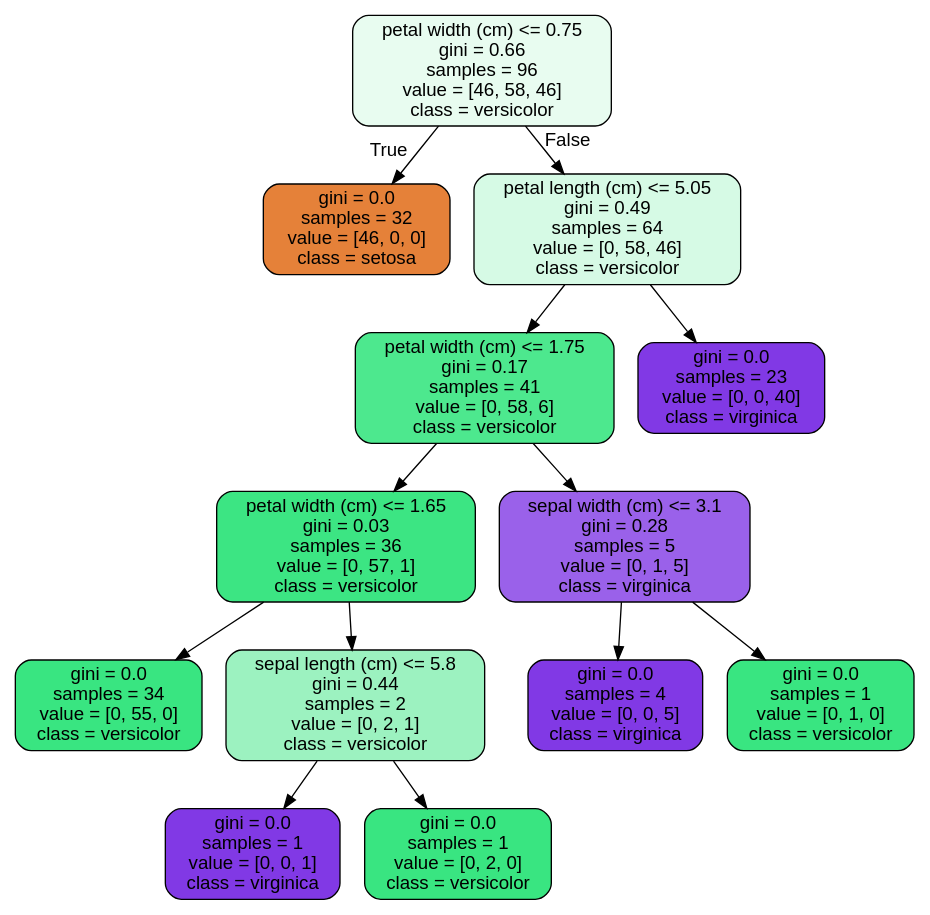
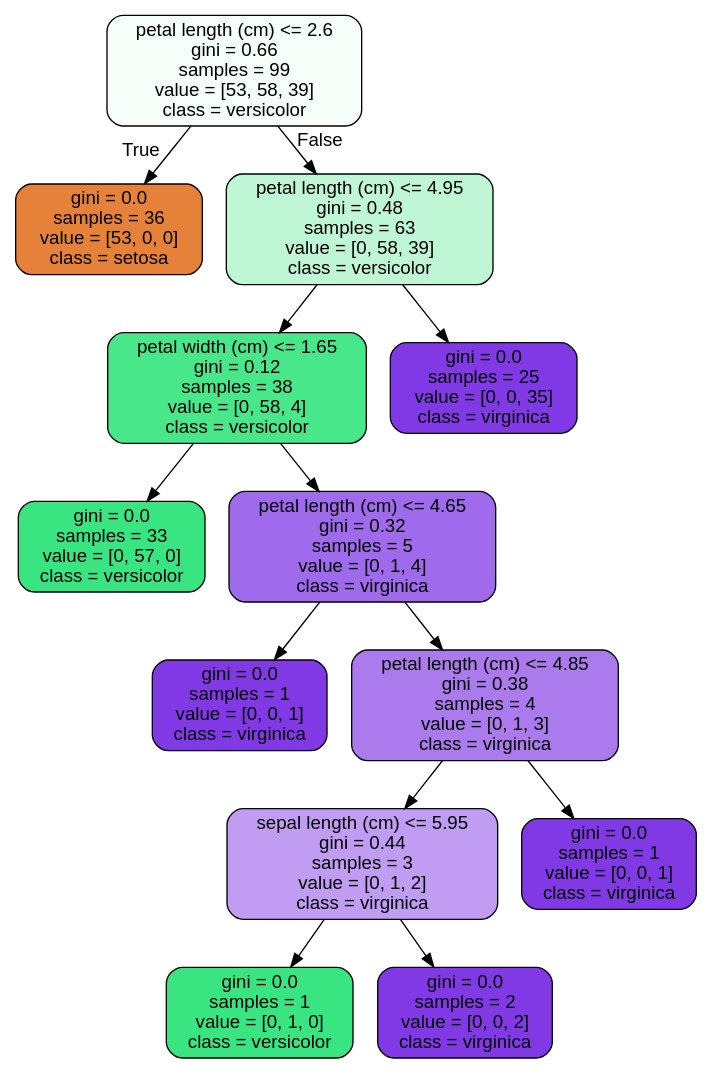
One commit to TSchwenn/dsc changed the diagram in Unit 14 - Supervised Learning/14.4 Random Forest Coronavirus case study/tree.dot. Above: the diagram before and after it, drawn with Graphviz. The commit also changed 3 other files, not shown here.

```diff
--- a/Unit 14 - Supervised Learning/14.4 Random Forest Coronavirus case study/tree.dot
+++ b/Unit 14 - Supervised Learning/14.4 Random Forest Coronavirus case study/tree.dot
@@ -1,29 +1,29 @@
 digraph Tree {
 node [shape=box, style="filled, rounded", color="black", fontname="helvetica"] ;
 edge [fontname="helvetica"] ;
-0 [label="petal width (cm) <= 0.75\ngini = 0.66\nsamples = 96\nvalue = [46, 58, 46]\nclass = versicolor", fillcolor="#e8fcf0"] ;
-1 [label="gini = 0.0\nsamples = 32\nvalue = [46, 0, 0]\nclass = setosa", fillcolor="#e58139"] ;
+0 [label="petal length (cm) <= 2.6\ngini = 0.66\nsamples = 99\nvalue = [53, 58, 39]\nclass = versicolor", fillcolor="#f5fef9"] ;
+1 [label="gini = 0.0\nsamples = 36\nvalue = [53, 0, 0]\nclass = setosa", fillcolor="#e58139"] ;
 0 -> 1 [labeldistance=2.5, labelangle=45, headlabel="True"] ;
-2 [label="petal length (cm) <= 5.05\ngini = 0.49\nsamples = 64\nvalue = [0, 58, 46]\nclass = versicolor", fillcolor="#d6fae5"] ;
+2 [label="petal length (cm) <= 4.95\ngini = 0.48\nsamples = 63\nvalue = [0, 58, 39]\nclass = versicolor", fillcolor="#bef6d6"] ;
 0 -> 2 [labeldistance=2.5, labelangle=-45, headlabel="False"] ;
-3 [label="petal width (cm) <= 1.75\ngini = 0.17\nsamples = 41\nvalue = [0, 58, 6]\nclass = versicolor", fillcolor="#4de88e"] ;
+3 [label="petal width (cm) <= 1.65\ngini = 0.12\nsamples = 38\nvalue = [0, 58, 4]\nclass = versicolor", fillcolor="#47e78a"] ;
 2 -> 3 ;
-4 [label="petal width (cm) <= 1.65\ngini = 0.03\nsamples = 36\nvalue = [0, 57, 1]\nclass = versicolor", fillcolor="#3ce583"] ;
+4 [label="gini = 0.0\nsamples = 33\nvalue = [0, 57, 0]\nclass = versicolor", fillcolor="#39e581"] ;
 3 -> 4 ;
-5 [label="gini = 0.0\nsamples = 34\nvalue = [0, 55, 0]\nclass = versicolor", fillcolor="#39e581"] ;
-4 -> 5 ;
-6 [label="sepal length (cm) <= 5.8\ngini = 0.44\nsamples = 2\nvalue = [0, 2, 1]\nclass = versicolor", fillcolor="#9cf2c0"] ;
-4 -> 6 ;
-7 [label="gini = 0.0\nsamples = 1\nvalue = [0, 0, 1]\nclass = virginica", fillcolor="#8139e5"] ;
-6 -> 7 ;
-8 [label="gini = 0.0\nsamples = 1\nvalue = [0, 2, 0]\nclass = versicolor", fillcolor="#39e581"] ;
-6 -> 8 ;
-9 [label="sepal width (cm) <= 3.1\ngini = 0.28\nsamples = 5\nvalue = [0, 1, 5]\nclass = virginica", fillcolor="#9a61ea"] ;
-3 -> 9 ;
-10 [label="gini = 0.0\nsamples = 4\nvalue = [0, 0, 5]\nclass = virginica", fillcolor="#8139e5"] ;
-9 -> 10 ;
-11 [label="gini = 0.0\nsamples = 1\nvalue = [0, 1, 0]\nclass = versicolor", fillcolor="#39e581"] ;
-9 -> 11 ;
-12 [label="gini = 0.0\nsamples = 23\nvalue = [0, 0, 40]\nclass = virginica", fillcolor="#8139e5"] ;
+5 [label="petal length (cm) <= 4.65\ngini = 0.32\nsamples = 5\nvalue = [0, 1, 4]\nclass = virginica", fillcolor="#a06aec"] ;
+3 -> 5 ;
+6 [label="gini = 0.0\nsamples = 1\nvalue = [0, 0, 1]\nclass = virginica", fillcolor="#8139e5"] ;
+5 -> 6 ;
+7 [label="petal length (cm) <= 4.85\ngini = 0.38\nsamples = 4\nvalue = [0, 1, 3]\nclass = virginica", fillcolor="#ab7bee"] ;
+5 -> 7 ;
+8 [label="sepal length (cm) <= 5.95\ngini = 0.44\nsamples = 3\nvalue = [0, 1, 2]\nclass = virginica", fillcolor="#c09cf2"] ;
+7 -> 8 ;
+9 [label="gini = 0.0\nsamples = 1\nvalue = [0, 1, 0]\nclass = versicolor", fillcolor="#39e581"] ;
+8 -> 9 ;
+10 [label="gini = 0.0\nsamples = 2\nvalue = [0, 0, 2]\nclass = virginica", fillcolor="#8139e5"] ;
+8 -> 10 ;
+11 [label="gini = 0.0\nsamples = 1\nvalue = [0, 0, 1]\nclass = virginica", fillcolor="#8139e5"] ;
+7 -> 11 ;
+12 [label="gini = 0.0\nsamples = 25\nvalue = [0, 0, 35]\nclass = virginica", fillcolor="#8139e5"] ;
 2 -> 12 ;
 }
```
